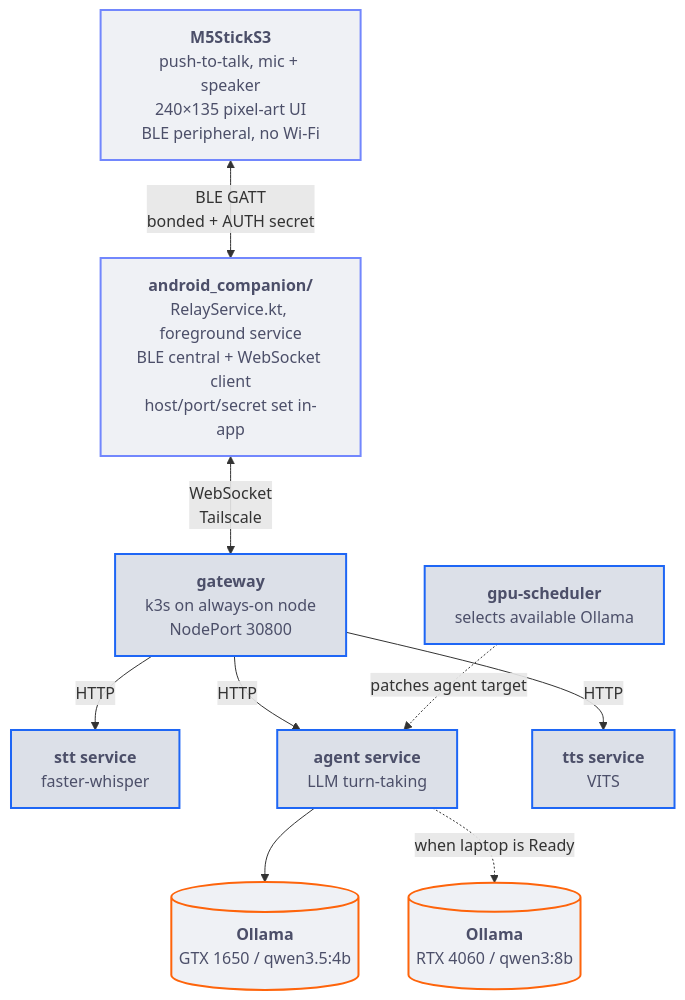
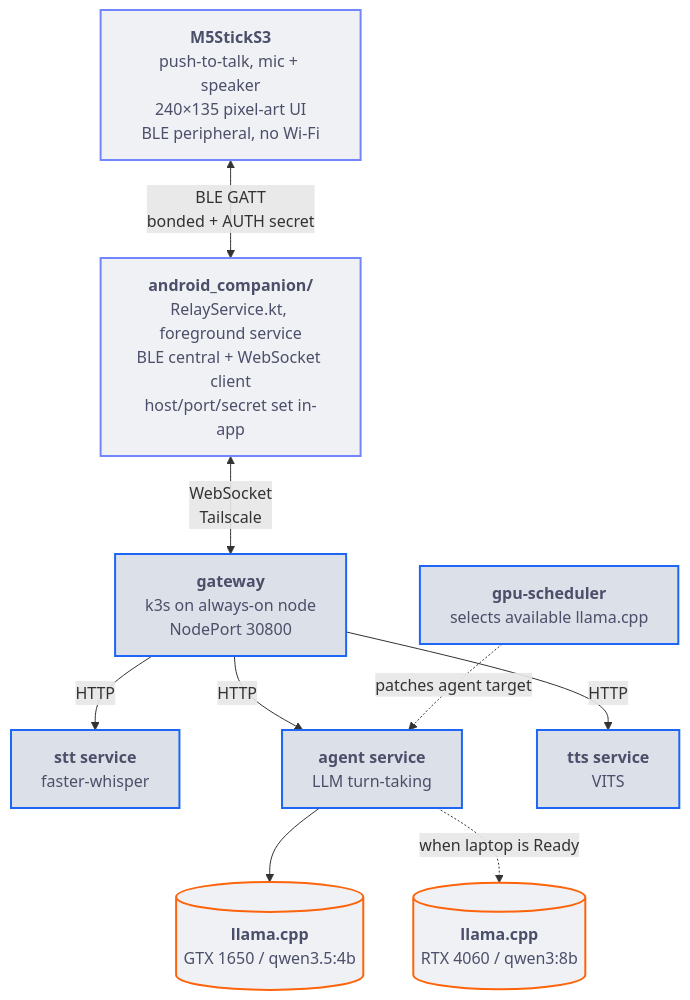
Before and after one commit to adixg/ai-companion: the first of 2 diagrams in README.md, drawn with Mermaid. The commit also changed other lines of this file and 2 other files, not shown here.

````diff
--- a/README.md
+++ b/README.md
@@ -43,28 +43,28 @@
 ```mermaid
 flowchart TB
     stick["<b>M5StickS3</b><br>push-to-talk, mic + speaker<br>240×135 pixel-art UI<br>BLE peripheral, no Wi-Fi"]
     relay["<b>android_companion/</b><br>RelayService.kt, foreground service<br>BLE central + WebSocket client<br>host/port/secret set in-app"]
     gateway["<b>gateway</b><br>k3s on always-on node<br>NodePort 30800"]
     stt["<b>stt service</b><br>faster-whisper"]
     agent["<b>agent service</b><br>LLM turn-taking"]
     tts["<b>tts service</b><br>VITS"]
-    controller["<b>gpu-scheduler</b><br>selects available Ollama"]
-    ollama1650[("<b>Ollama</b><br>GTX 1650 / qwen3.5:4b")]
-    ollama4060[("<b>Ollama</b><br>RTX 4060 / qwen3:8b")]
+    controller["<b>gpu-scheduler</b><br>selects available llama.cpp"]
+    llama1650[("<b>llama.cpp</b><br>GTX 1650 / qwen3.5:4b")]
+    llama4060[("<b>llama.cpp</b><br>RTX 4060 / qwen3:8b")]
 
     stick <-->|"BLE GATT<br>bonded + AUTH secret"| relay
     relay <-->|"WebSocket<br>Tailscale"| gateway
     gateway -->|HTTP| stt
     gateway -->|HTTP| agent
     gateway -->|HTTP| tts
-    agent --> ollama1650
-    agent -. "when laptop is Ready" .-> ollama4060
+    agent --> llama1650
+    agent -. "when laptop is Ready" .-> llama4060
     controller -. "patches agent target" .-> agent
 
     classDef device fill:#eff1f5,stroke:#7287fd,stroke-width:2px,color:#4c4f69
     classDef service fill:#dce0e8,stroke:#1e66f5,stroke-width:2px,color:#4c4f69
     classDef worker fill:#eff1f5,stroke:#fe640b,stroke-width:2px,color:#4c4f69
     class stick,relay device
     class gateway,stt,agent,tts,controller service
-    class ollama1650,ollama4060 worker
+    class llama1650,llama4060 worker
 ```
````
